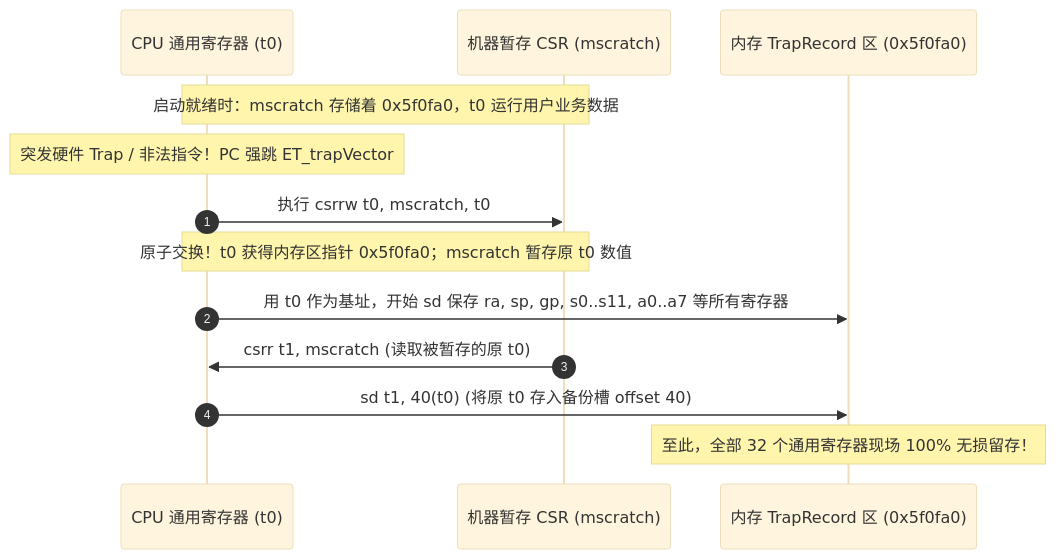
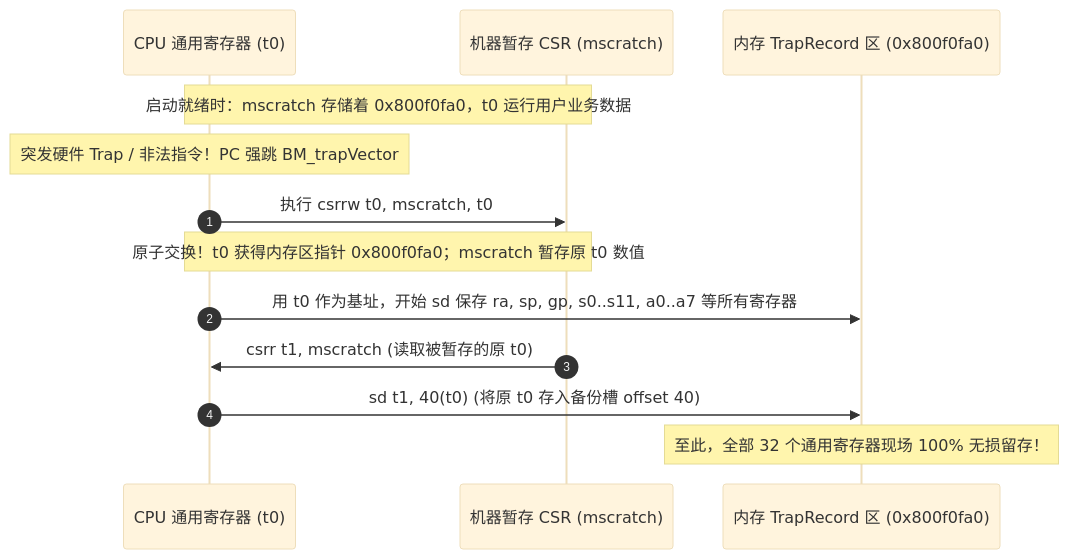
Before and after one commit to hqu-little-boy/blog: the sixth of 13 diagrams in src/content/posts/riscv-baremetal-boot-and-runtime-bringup-guide.md, drawn with Mermaid (base theme). The commit also changed other lines of this file and 3 other files, not shown here.

Commit message:
feat(diagrams): support in-place source code toggle and character-level text selection

````diff
--- a/src/content/posts/riscv-baremetal-boot-and-runtime-bringup-guide.md
+++ b/src/content/posts/riscv-baremetal-boot-and-runtime-bringup-guide.md
@@ -376,16 +376,16 @@
 ```mermaid
 sequenceDiagram
     autonumber
     participant CPU as CPU 通用寄存器 (t0)
     participant CSR as 机器暂存 CSR (mscratch)
-    participant RAM as 内存 TrapRecord 区 (0x5f0fa0)
+    participant RAM as 内存 TrapRecord 区 (0x800f0fa0)
 
-    Note over CPU,CSR: 启动就绪时：mscratch 存储着 0x5f0fa0，t0 运行用户业务数据
-    Note over CPU: 突发硬件 Trap / 非法指令！PC 强跳 ET_trapVector
+    Note over CPU,CSR: 启动就绪时：mscratch 存储着 0x800f0fa0，t0 运行用户业务数据
+    Note over CPU: 突发硬件 Trap / 非法指令！PC 强跳 BM_trapVector
     CPU->>CSR: 执行 csrrw t0, mscratch, t0
-    Note over CPU,CSR: 原子交换！t0 获得内存区指针 0x5f0fa0；mscratch 暂存原 t0 数值
+    Note over CPU,CSR: 原子交换！t0 获得内存区指针 0x800f0fa0；mscratch 暂存原 t0 数值
     CPU->>RAM: 用 t0 作为基址，开始 sd 保存 ra, sp, gp, s0..s11, a0..a7 等所有寄存器
     CSR->>CPU: csrr t1, mscratch (读取被暂存的原 t0)
     CPU->>RAM: sd t1, 40(t0) (将原 t0 存入备份槽 offset 40)
     Note over RAM: 至此，全部 32 个通用寄存器现场 100% 无损留存！
 ```
````
